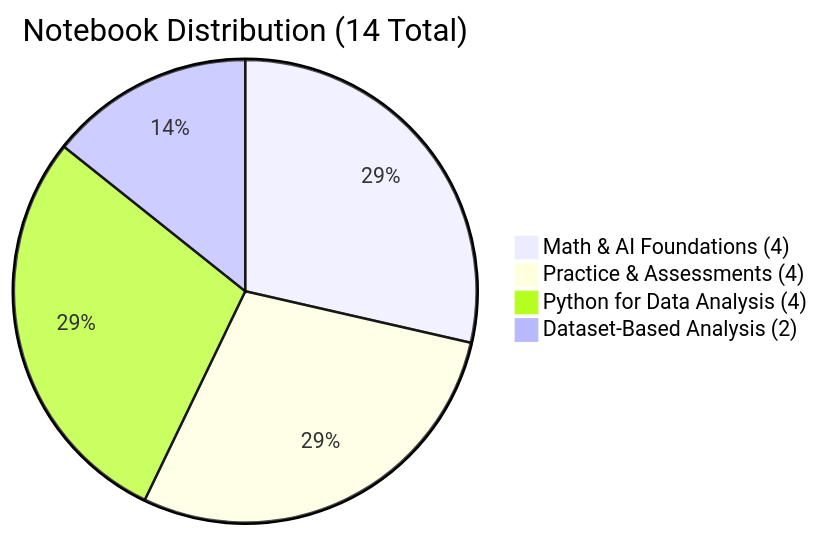
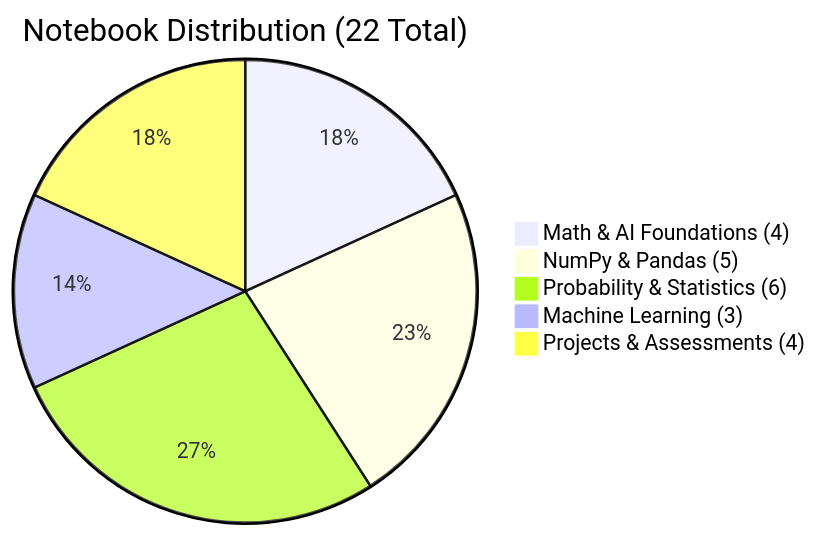
The first of 2 diagrams in README.md (aadithya-vimal/SamsungInnovationCampus), drawn with Mermaid before and after one commit. The commit also changed other lines of this file and 11 other files, not shown here.

````diff
--- a/README.md
+++ b/README.md
@@ -19,7 +22,8 @@
 ```mermaid
-pie title Notebook Distribution (14 Total)
+pie title Notebook Distribution (22 Total)
     "Math & AI Foundations (4)" : 4
-    "Practice & Assessments (4)" : 4
-    "Python for Data Analysis (4)" : 4
-    "Dataset-Based Analysis (2)" : 2
+    "NumPy & Pandas (5)" : 5
+    "Probability & Statistics (6)" : 6
+    "Machine Learning (3)" : 3
+    "Projects & Assessments (4)" : 4
 ```
````
